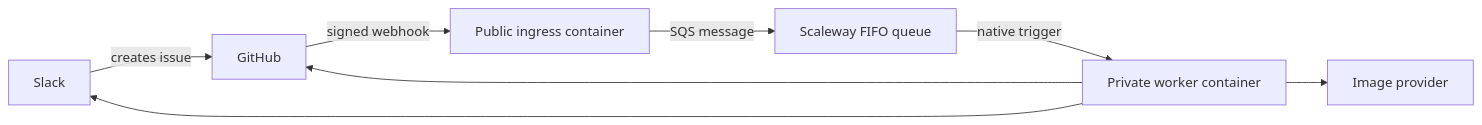
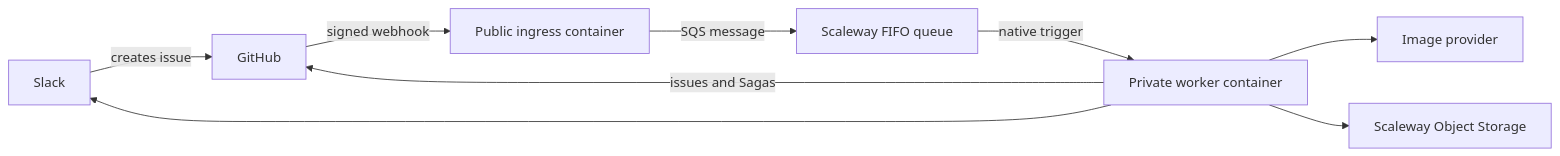
The diagram in docs/hosting-webhook.md (henrikgrubbe/memes), drawn with Mermaid before and after one commit. The commit also changed other lines of this file and 25 other files, not shown here.

First line of the commit message:
Migrate hosted images to Scaleway Object Storage (#964)

````diff
--- a/docs/hosting-webhook.md
+++ b/docs/hosting-webhook.md
@@ -26,10 +33,11 @@
 ```mermaid
 flowchart LR
   Slack -->|creates issue| GitHub
   GitHub -->|signed webhook| Ingress[Public ingress container]
   Ingress -->|SQS message| Queue[Scaleway FIFO queue]
   Queue -->|native trigger| Worker[Private worker container]
   Worker --> Images[Image provider]
-  Worker --> GitHub
+  Worker --> Storage[Scaleway Object Storage]
+  Worker -->|issues and Sagas| GitHub
   Worker --> Slack
 ```
````
